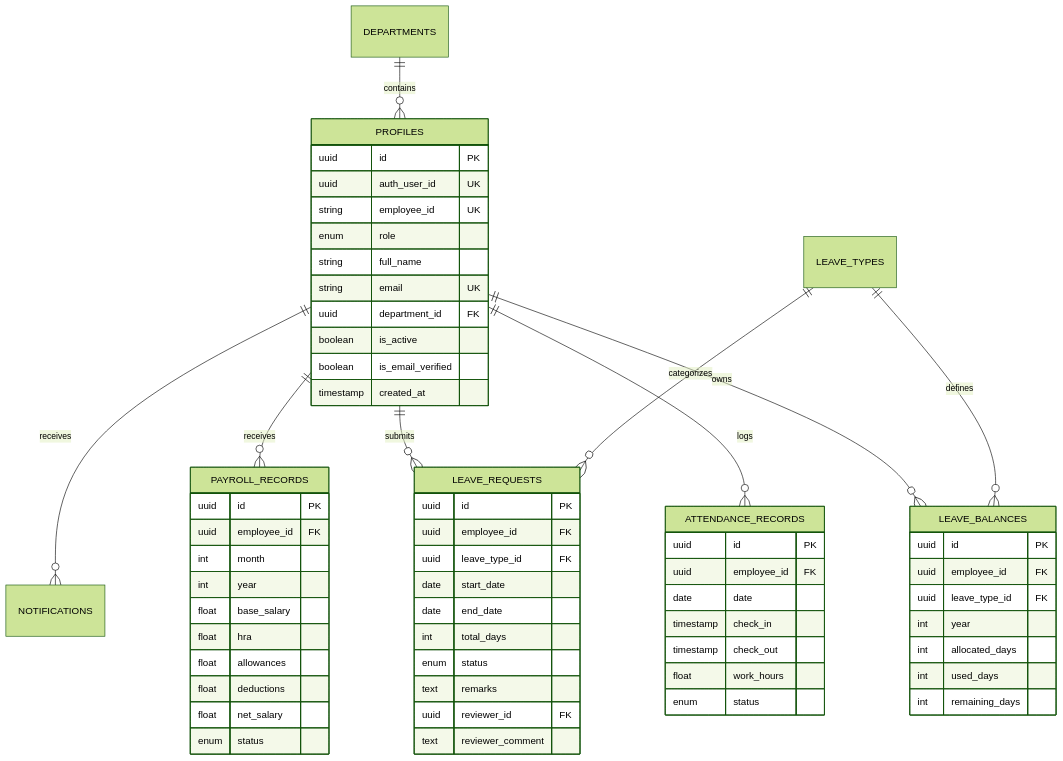
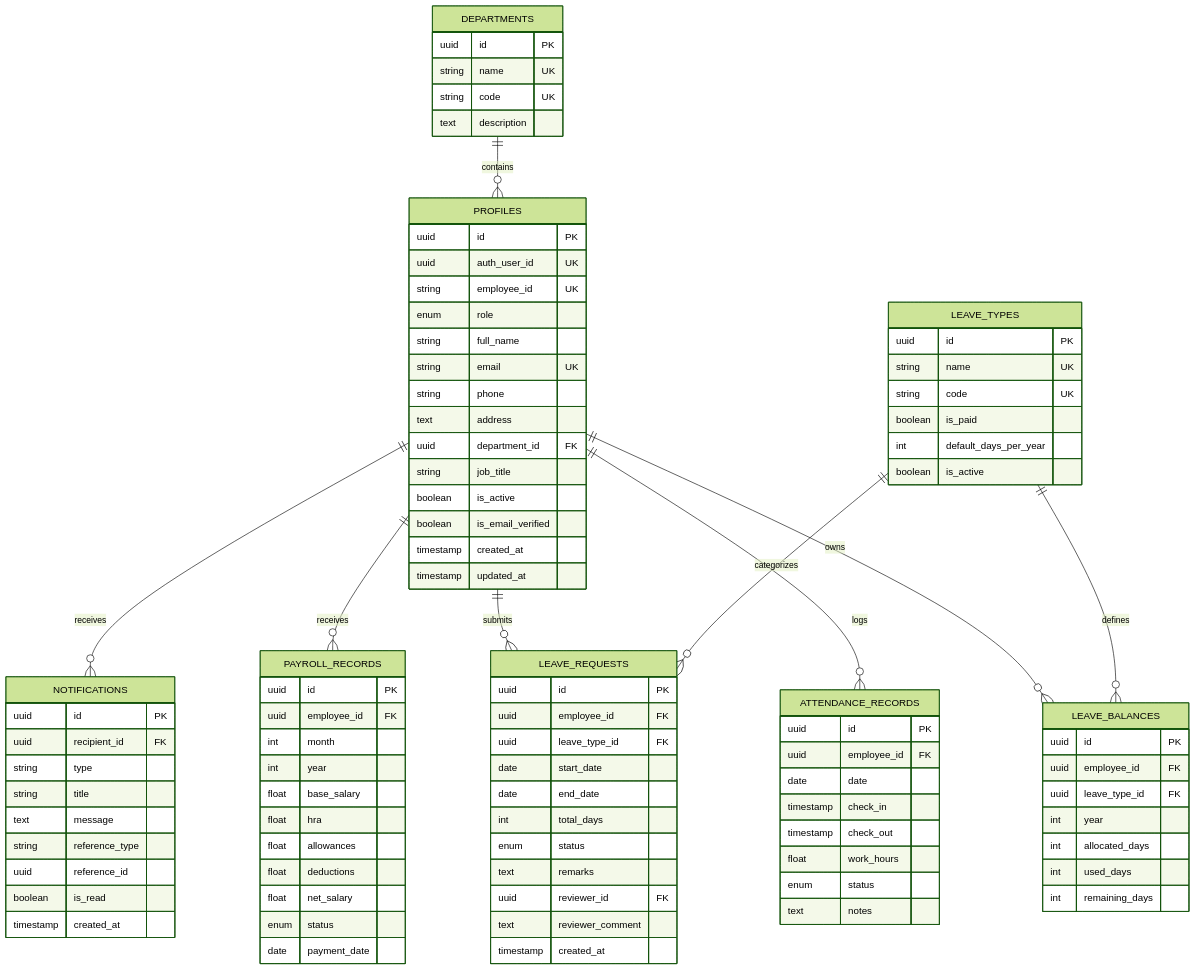
Before and after one commit to Mr-kiran56/Dayflow-AI-Intelligent-Human-Resource-Management-System: the fourth of 4 diagrams in DOCUMENTATION.md, drawn with Mermaid (forest theme). The commit also changed other lines of this file and 1 other file, not shown here.

Commit message:
Update DOCUMENTATION.md and README.md with comprehensive IIT-grade system architecture and Mermaid diagrams

````diff
--- a/DOCUMENTATION.md
+++ b/DOCUMENTATION.md
@@ -74,10 +153,21 @@
         enum role
         string full_name
         string email UK
+        string phone
+        text address
         uuid department_id FK
+        string job_title
         boolean is_active
         boolean is_email_verified
         timestamp created_at
+        timestamp updated_at
+    }
+
+    DEPARTMENTS {
+        uuid id PK
+        string name UK
+        string code UK
+        text description
     }
 
     ATTENDANCE_RECORDS {
@@ -88,6 +178,16 @@
         timestamp check_out
         float work_hours
         enum status
+        text notes
+    }
+
+    LEAVE_TYPES {
+        uuid id PK
+        string name UK
+        string code UK
+        boolean is_paid
+        int default_days_per_year
+        boolean is_active
     }
 
     LEAVE_BALANCES {
@@ -111,6 +211,7 @@
         text remarks
         uuid reviewer_id FK
         text reviewer_comment
+        timestamp created_at
     }
 
     PAYROLL_RECORDS {
@@ -124,5 +225,18 @@
         float deductions
         float net_salary
         enum status
+        date payment_date
+    }
+
+    NOTIFICATIONS {
+        uuid id PK
+        uuid recipient_id FK
+        string type
+        string title
+        text message
+        string reference_type
+        uuid reference_id
+        boolean is_read
+        timestamp created_at
     }
 ```
````
